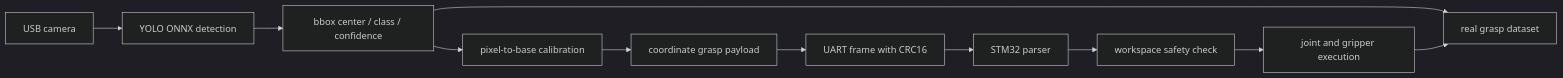
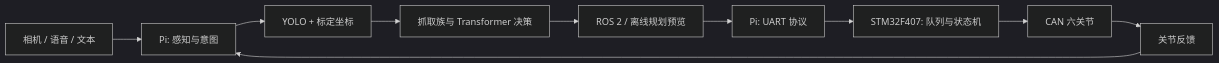
The diagram in README.md (1830051801-ux/xiaou-vision-robot-arm), drawn with Mermaid (dark theme) before and after one commit. The commit also changed other lines of this file and 466 other files, not shown here.

````diff
--- a/README.md
+++ b/README.md
@@ -31,13 +21,12 @@
 ```mermaid
 flowchart LR
-    A["USB camera"] --> B["YOLO ONNX detection"]
-    B --> C["bbox center / class / confidence"]
-    C --> D["pixel-to-base calibration"]
-    D --> E["coordinate grasp payload"]
-    E --> F["UART frame with CRC16"]
-    F --> G["STM32 parser"]
-    G --> H["workspace safety check"]
-    H --> I["joint and gripper execution"]
-    C --> J["real grasp dataset"]
-    I --> J
+    A[相机 / 语音 / 文本] --> B[Pi: 感知与意图]
+    B --> C[YOLO + 标定坐标]
+    C --> D[抓取族与 Transformer 决策]
+    D --> E[ROS 2 / 离线规划预览]
+    E --> F[Pi: UART 协议]
+    F --> G[STM32F407: 队列与状态机]
+    G --> H[CAN 六关节]
+    H --> I[关节反馈]
+    I --> B
 ```
````
